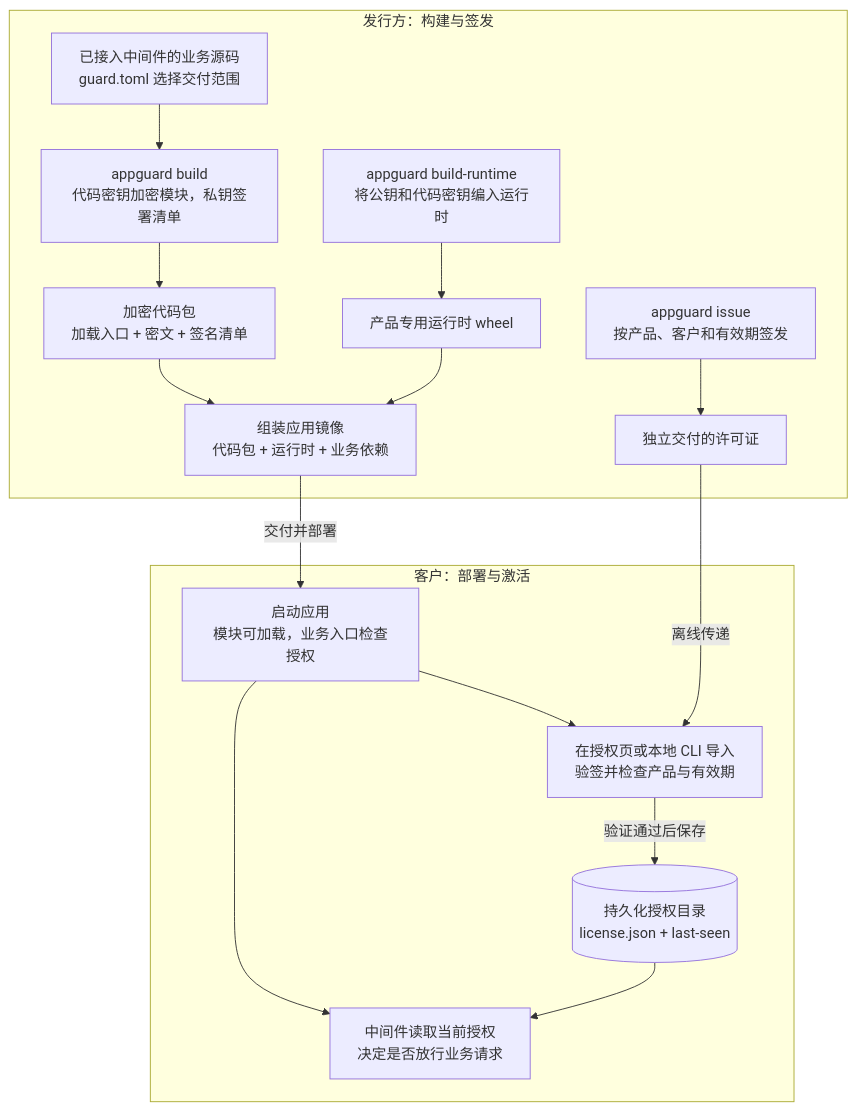
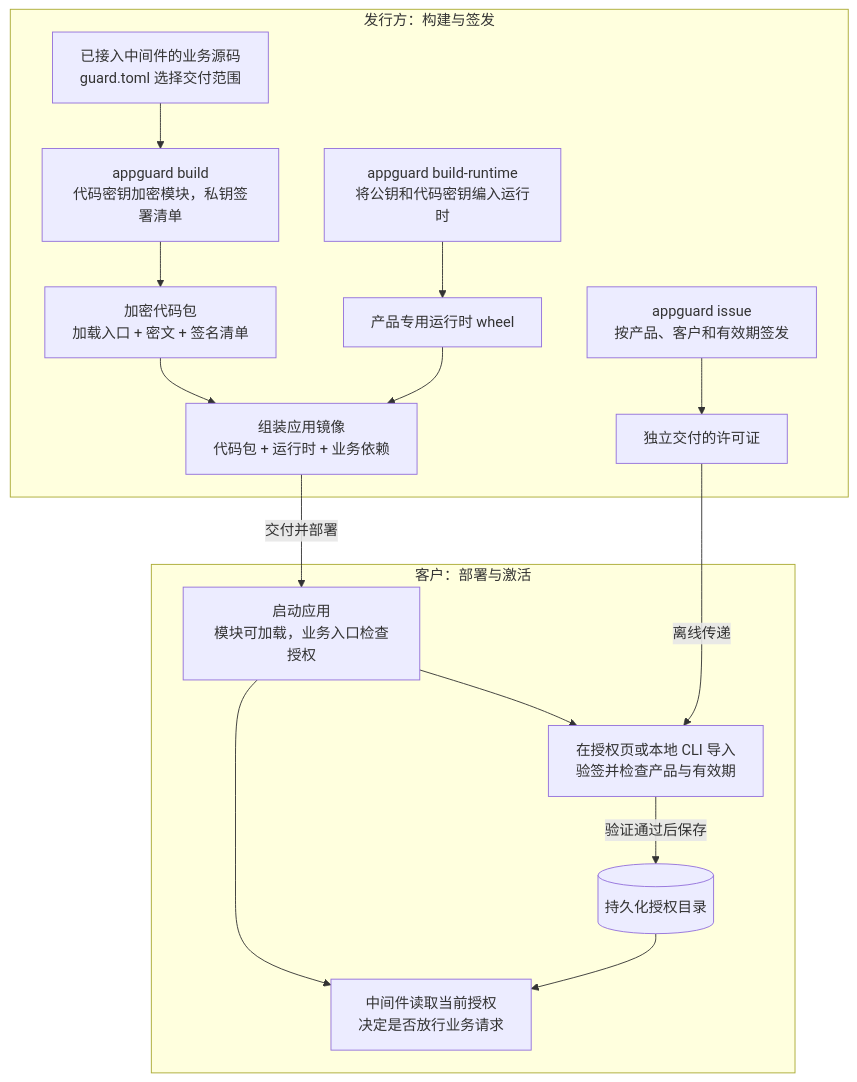
The first of 2 diagrams in README.md (baiyang/AppGuard), drawn with Mermaid before and after one commit. The commit also changed other lines of this file and 4 other files, not shown here.

````diff
--- a/README.md
+++ b/README.md
@@ -80,28 +66,28 @@
 ```mermaid
 flowchart TB
     subgraph publisher["发行方：构建与签发"]
         source["已接入中间件的业务源码<br/>guard.toml 选择交付范围"]
         build["appguard build<br/>代码密钥加密模块，私钥签署清单"]
         bundle["加密代码包<br/>加载入口 + 密文 + 签名清单"]
         compile_runtime["appguard build-runtime<br/>将公钥和代码密钥编入运行时"]
         wheel["产品专用运行时 wheel"]
         image["组装应用镜像<br/>代码包 + 运行时 + 业务依赖"]
         issue["appguard issue<br/>按产品、客户和有效期签发"]
         issued["独立交付的许可证"]
         source --> build --> bundle --> image
         compile_runtime --> wheel --> image
         issue --> issued
     end
     subgraph customer["客户：部署与激活"]
         app["启动应用<br/>模块可加载，业务入口检查授权"]
         activate["在授权页或本地 CLI 导入<br/>验签并检查产品与有效期"]
-        store[("持久化授权目录<br/>license.json + last-seen")]
+        store[("持久化授权目录")]
         check["中间件读取当前授权<br/>决定是否放行业务请求"]
         app --> activate
         activate -->|"验证通过后保存"| store
         app --> check
         store --> check
     end
     image -->|"交付并部署"| app
     issued -->|"离线传递"| activate
 ```
````
